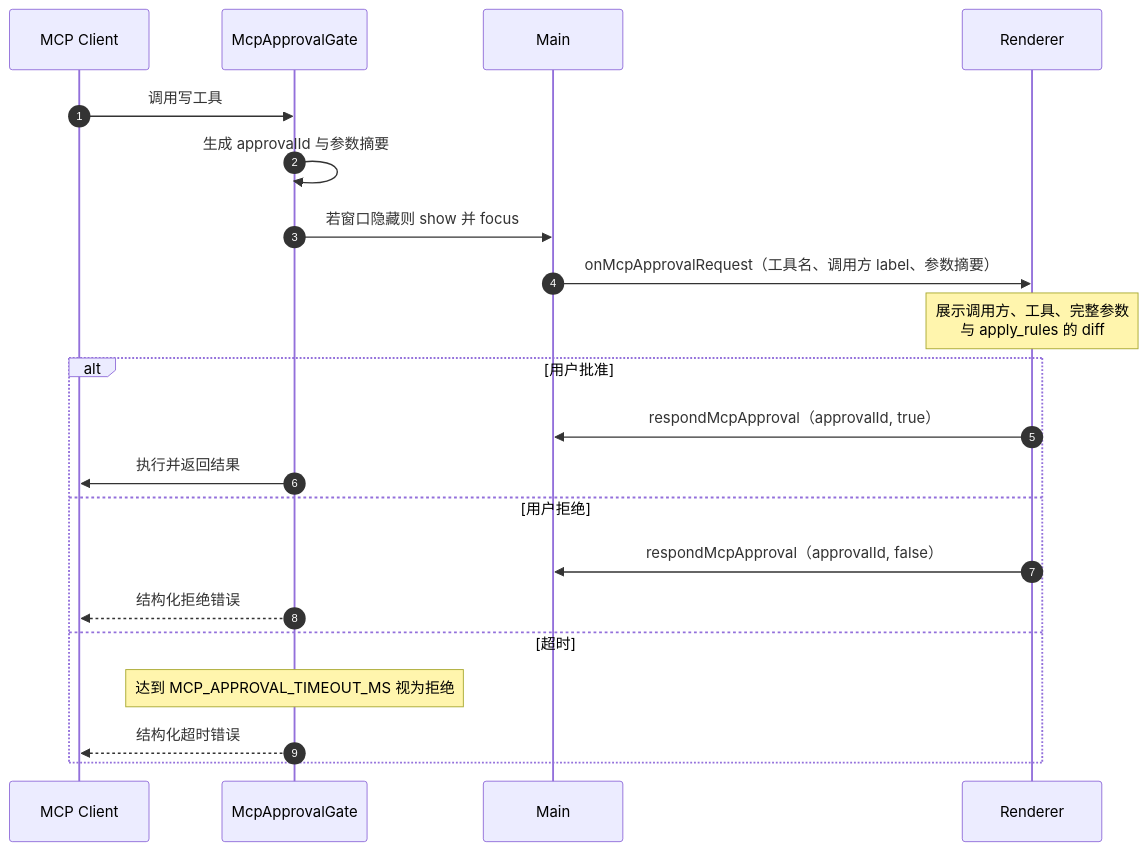
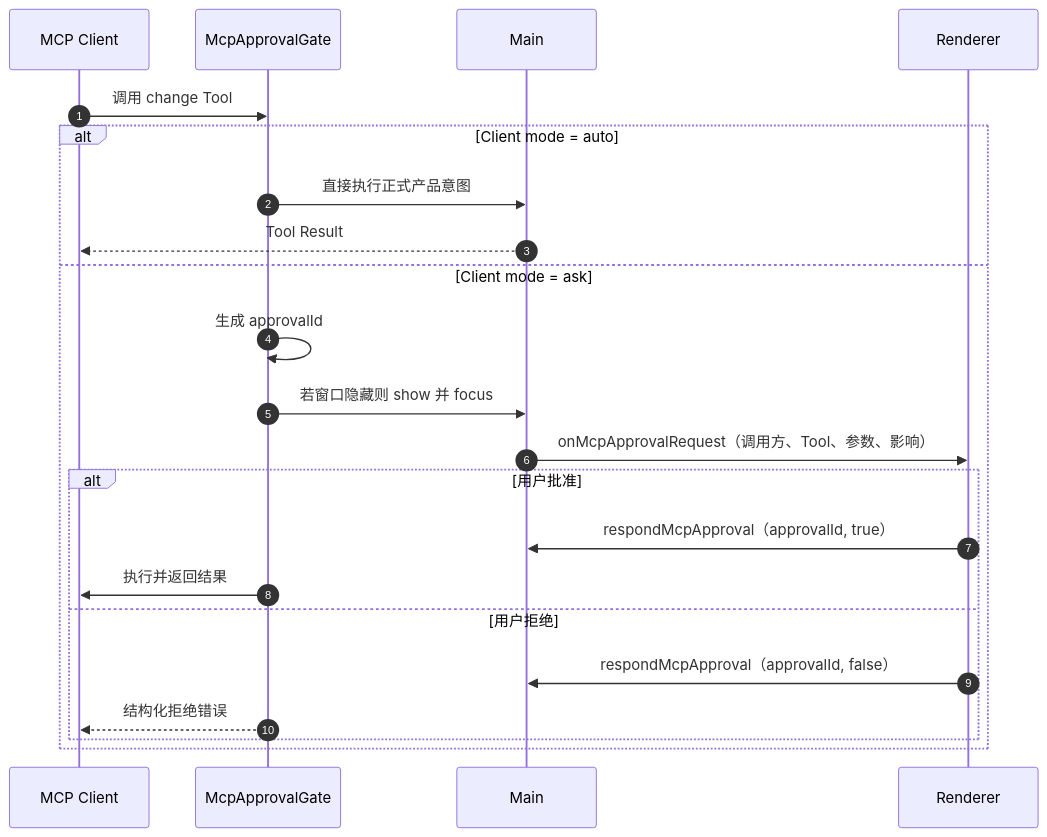
The fourth of 9 diagrams in architecture/features/mcp.md (zhxmt-xm/Interceptor), drawn with Mermaid before and after one commit. The commit also changed other lines of this file and 14 other files, not shown here.

Commit message:
docs(agent): define shared tool capability roadmap

````diff
--- a/architecture/features/mcp.md
+++ b/architecture/features/mcp.md
@@ -209,24 +200,25 @@
 ```mermaid
 sequenceDiagram
     autonumber
     participant AI as MCP Client
     participant GATE as McpApprovalGate
     participant Main
     participant UI as Renderer
 
-    AI->>GATE: 调用写工具
-    GATE->>GATE: 生成 approvalId 与参数摘要
-    GATE->>Main: 若窗口隐藏则 show 并 focus
-    Main->>UI: onMcpApprovalRequest（工具名、调用方 label、参数摘要）
-    Note over UI: 展示调用方、工具、完整参数<br/>与 apply_rules 的 diff
-    alt 用户批准
+    AI->>GATE: 调用 change Tool
+    alt Client mode = auto
+        GATE->>Main: 直接执行正式产品意图
+        Main-->>AI: Tool Result
+    else Client mode = ask
+        GATE->>GATE: 生成 approvalId
+        GATE->>Main: 若窗口隐藏则 show 并 focus
+        Main->>UI: onMcpApprovalRequest（调用方、Tool、参数、影响）
+        alt 用户批准
         UI->>Main: respondMcpApproval（approvalId, true）
         GATE->>AI: 执行并返回结果
-    else 用户拒绝
+        else 用户拒绝
         UI->>Main: respondMcpApproval（approvalId, false）
         GATE-->>AI: 结构化拒绝错误
-    else 超时
-        Note over GATE: 达到 MCP_APPROVAL_TIMEOUT_MS 视为拒绝
-        GATE-->>AI: 结构化超时错误
+        end
     end
 ```
````
